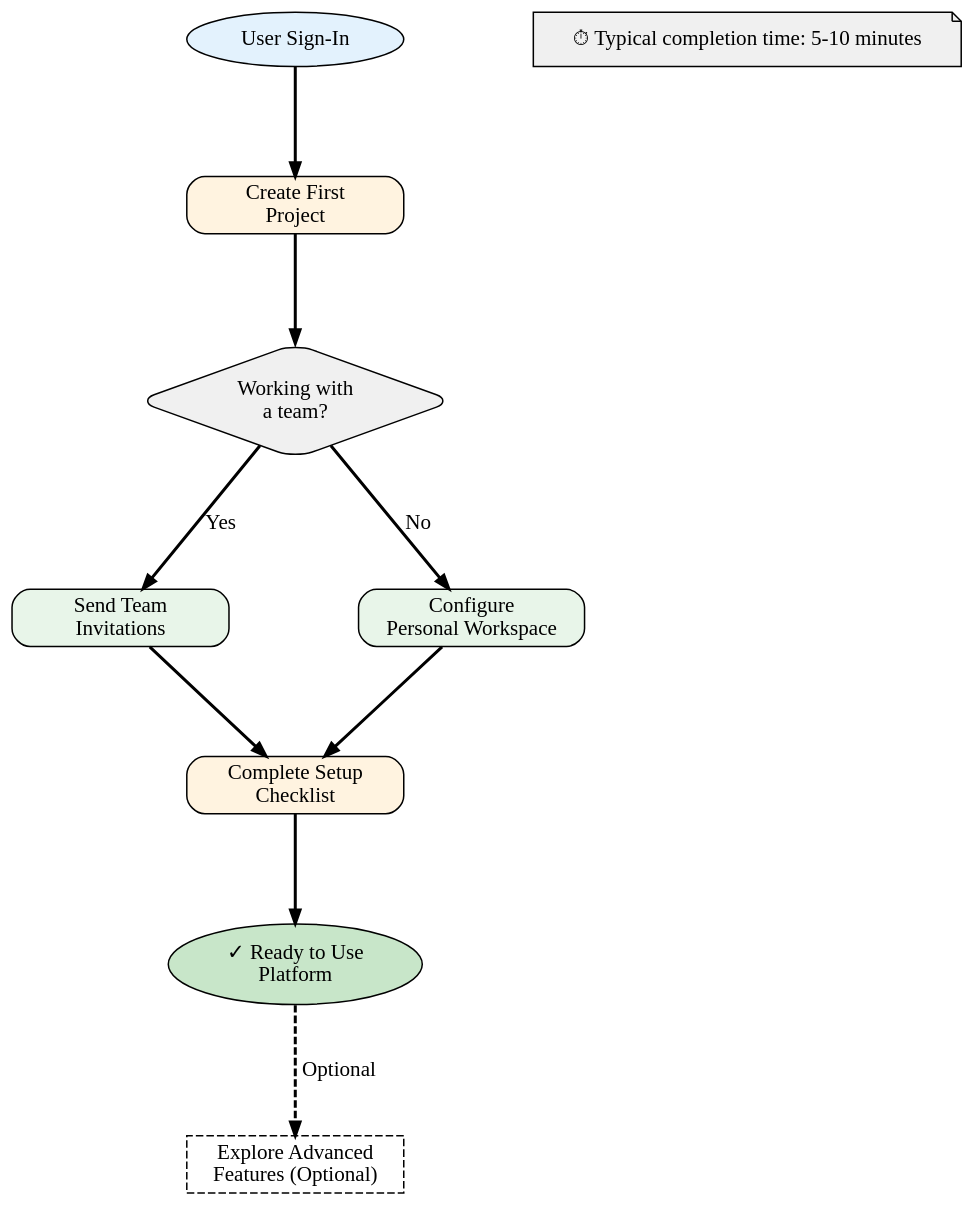
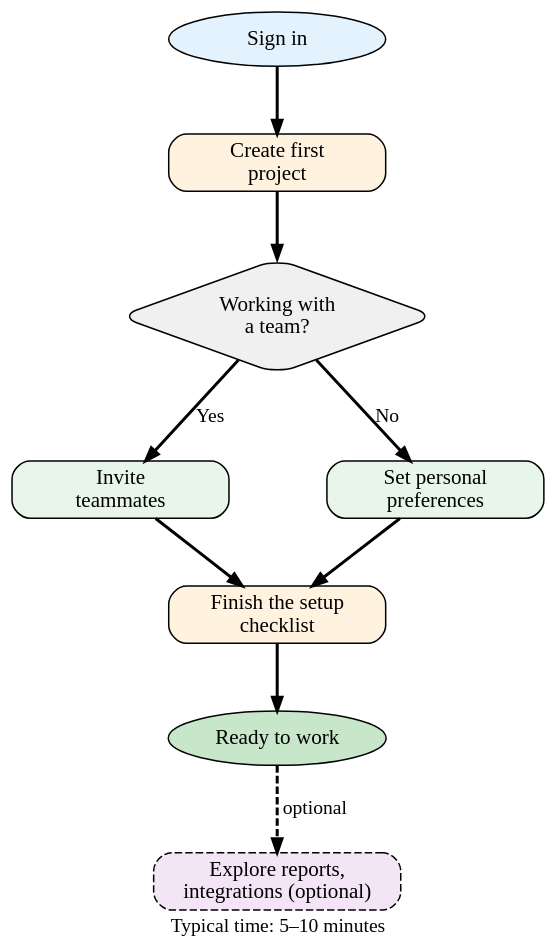
The diagram in src/software-guides/img/user-onboarding-flow.dot (KorayErkan/tw-portfolio), drawn with Graphviz before and after one commit. The commit also changed 72 other files, not shown here.

```diff
--- a/src/software-guides/img/user-onboarding-flow.dot
+++ b/src/software-guides/img/user-onboarding-flow.dot
@@ -1,44 +1,23 @@
 digraph G {
-  graph [rankdir=TB, splines=false, bgcolor="transparent", nodesep=1.2, ranksep=1.0];
+  graph [rankdir=TB, bgcolor="transparent", nodesep=0.9, ranksep=0.6, fontname="Calibri", fontsize=13,
+         labelloc=b, label="Typical time: 5–10 minutes"];
   node [shape=box, style="rounded,filled", fontname="Calibri", fontsize=14, width=2.0];
-  edge [arrowsize=0.9, penwidth=2, fontname="Calibri", fontsize=14];
+  edge [arrowsize=0.9, penwidth=2, fontname="Calibri", fontsize=13];
 
-  // Start point
-  start [label="User Sign-In", fillcolor="#e3f2fd", shape=ellipse];
+  start [label="Sign in", fillcolor="#e3f2fd", shape=ellipse];
+  setup_project [label="Create first\nproject", fillcolor="#fff3e0"];
+  team_decision [label="Working with\na team?", fillcolor="#f0f0f0", shape=diamond];
+  invite_users [label="Invite\nteammates", fillcolor="#e8f5e9"];
+  solo_setup [label="Set personal\npreferences", fillcolor="#e8f5e9"];
+  complete_checklist [label="Finish the setup\nchecklist", fillcolor="#fff3e0"];
+  ready [label="Ready to work", fillcolor="#c8e6c9", shape=ellipse];
+  learn_features [label="Explore reports,\nintegrations (optional)", fillcolor="#f3e5f5", style="rounded,dashed,filled"];
 
-  // Core onboarding steps
-  setup_project [label="Create First\nProject", fillcolor="#fff3e0"];
-
-  // Decision point
-  team_decision [label="Working with\na team?", fillcolor="#f0f0f0", shape=diamond];
-
-  // Conditional steps
-  invite_users [label="Send Team\nInvitations", fillcolor="#e8f5e9"];
-  solo_setup [label="Configure\nPersonal Workspace", fillcolor="#e8f5e9"];
-
-  // Completion steps
-  complete_checklist [label="Complete Setup\nChecklist", fillcolor="#fff3e0"];
-
-  // Success state
-  ready [label="✓ Ready to Use\nPlatform", fillcolor="#c8e6c9", shape=ellipse];
-
-  // Optional enhancement
-  learn_features [label="Explore Advanced\nFeatures (Optional)", fillcolor="#f3e5f5", style=dashed];
-
-  // Flow connections
-  start -> setup_project;
-  setup_project -> team_decision;
-
+  start -> setup_project -> team_decision;
   team_decision -> invite_users [label="Yes"];
   team_decision -> solo_setup [label="No"];
-
   invite_users -> complete_checklist;
   solo_setup -> complete_checklist;
-
   complete_checklist -> ready;
-  ready -> learn_features [style=dashed, label="Optional"];
-
-  // Timeline note
-  timeline [label="⏱ Typical completion time: 5-10 minutes",
-           fillcolor="#f0f0f0", shape=note];
+  ready -> learn_features [style=dashed, label="optional"];
 }
```
